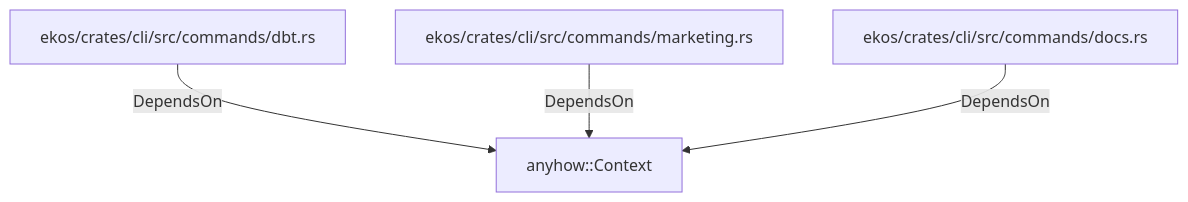
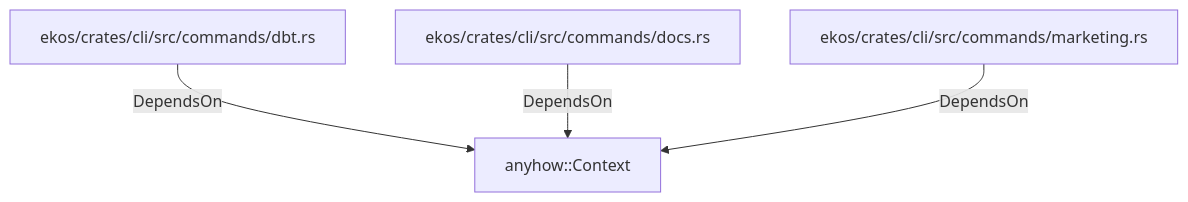
Before and after one commit to alexeyban/EKOS: the diagram in doc/entities/rustmodule/an/anyhow-context.md, drawn with Mermaid. The commit also changed other lines of this file and 552 other files, not shown here.

````diff
--- a/doc/entities/rustmodule/an/anyhow-context.md
+++ b/doc/entities/rustmodule/an/anyhow-context.md
@@ -17,10 +17,10 @@
 ```mermaid
 graph TD
     nbbd0b3ee4bb4557ea30d31afe87c88b0["anyhow::Context"]
     nd3579ceb975153adb6be693f17509a70["ekos/crates/cli/src/commands/dbt.rs"]
     nd3579ceb975153adb6be693f17509a70 -->|DependsOn| nbbd0b3ee4bb4557ea30d31afe87c88b0
+    n5503d15b112f541f81898be05a060beb["ekos/crates/cli/src/commands/docs.rs"]
+    n5503d15b112f541f81898be05a060beb -->|DependsOn| nbbd0b3ee4bb4557ea30d31afe87c88b0
     ne4550c2d5dcf5779b25dac86e4019342["ekos/crates/cli/src/commands/marketing.rs"]
     ne4550c2d5dcf5779b25dac86e4019342 -->|DependsOn| nbbd0b3ee4bb4557ea30d31afe87c88b0
-    n5503d15b112f541f81898be05a060beb["ekos/crates/cli/src/commands/docs.rs"]
-    n5503d15b112f541f81898be05a060beb -->|DependsOn| nbbd0b3ee4bb4557ea30d31afe87c88b0
 ```
````
